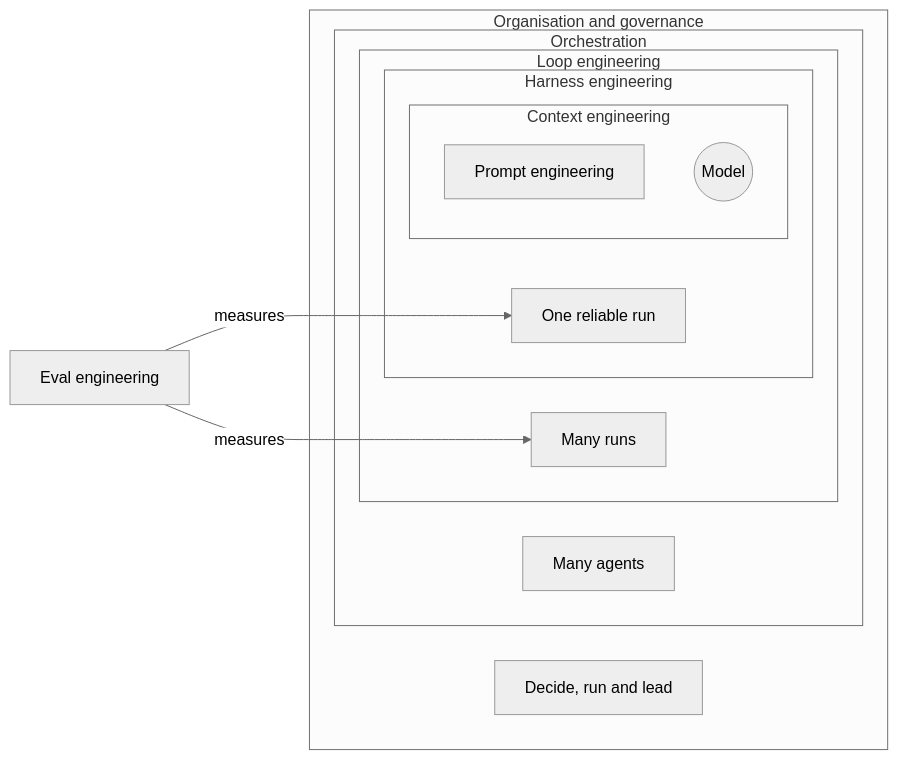
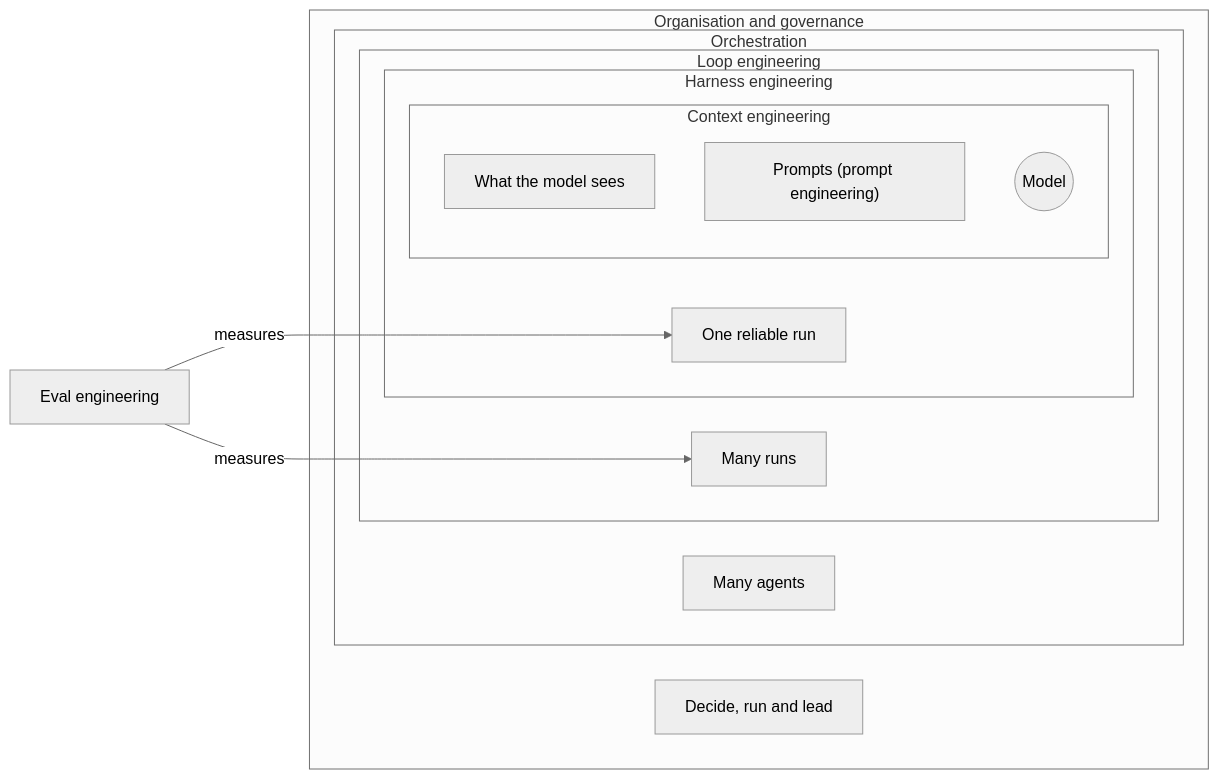
Before and after one commit to AnilKerai/applied-ai-handbook: the diagram in 3-engineer/the-big-picture.md, drawn with Mermaid (neutral theme). The commit also changed other lines of this file and 3 other files, not shown here.

Commit message:
Engineer: map and timeline, review fixes

````diff
--- a/3-engineer/the-big-picture.md
+++ b/3-engineer/the-big-picture.md
@@ -28,22 +28,23 @@
 ```mermaid
 flowchart LR
     subgraph ORG["Organisation and governance"]
         GOV["Decide, run and lead"]
         subgraph ORCH["Orchestration"]
             AGENTS["Many agents"]
             subgraph LOOP["Loop engineering"]
                 RUNS["Many runs"]
                 subgraph HARNESS["Harness engineering"]
                     RUN["One reliable run"]
                     subgraph CTX["Context engineering"]
-                        PROMPT["Prompt engineering"]
+                        SEES["What the model sees"]
+                        PROMPT["Prompts (prompt engineering)"]
                         MODEL(("Model"))
                     end
                 end
             end
         end
     end
     EVAL["Eval engineering"]
     EVAL -- measures --> RUN
     EVAL -- measures --> RUNS
 ```
````
